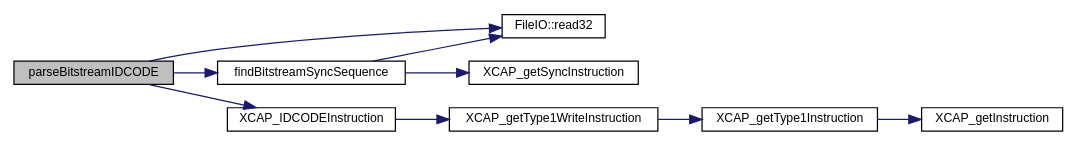
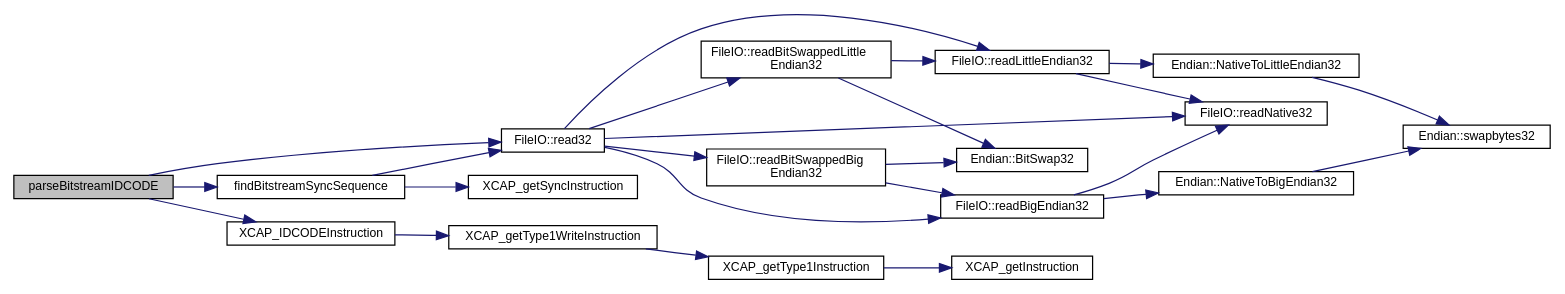
The diagram in inlineInput_8h_ab5cfac2cc7fafc26cd6b69b74d0add29_cgraph.dot (FPGA-Research-Manchester/byteman), drawn with Graphviz before and after one commit. The commit also changed 1723 other files, not shown here.

```diff
--- a/inlineInput_8h_ab5cfac2cc7fafc26cd6b69b74d0add29_cgraph.dot
+++ b/inlineInput_8h_ab5cfac2cc7fafc26cd6b69b74d0add29_cgraph.dot
@@ -1,24 +1,48 @@
 digraph "parseBitstreamIDCODE"
 {
  // INTERACTIVE_SVG=YES
  // LATEX_PDF_SIZE
   edge [fontname="Helvetica",fontsize="10",labelfontname="Helvetica",labelfontsize="10"];
   node [fontname="Helvetica",fontsize="10",shape=record];
   rankdir="LR";
   Node1 [label="parseBitstreamIDCODE",height=0.2,width=0.4,color="black", fillcolor="grey75", style="filled", fontcolor="black",tooltip=" "];
   Node1 -> Node2 [color="midnightblue",fontsize="10",style="solid",fontname="Helvetica"];
   Node2 [label="findBitstreamSyncSequence",height=0.2,width=0.4,color="black", fillcolor="white", style="filled",URL="$inlineInput_8h.html#a7a336065cf356dcd13baf6e7ee541d60",tooltip=" "];
   Node2 -> Node3 [color="midnightblue",fontsize="10",style="solid",fontname="Helvetica"];
   Node3 [label="FileIO::read32",height=0.2,width=0.4,color="black", fillcolor="white", style="filled",URL="$namespaceFileIO.html#ad34c7f82a6493b2badf319599f79cace",tooltip=" "];
-  Node2 -> Node4 [color="midnightblue",fontsize="10",style="solid",fontname="Helvetica"];
-  Node4 [label="XCAP_getSyncInstruction",height=0.2,width=0.4,color="black", fillcolor="white", style="filled",URL="$inlineCAP_8h.html#a445d56f4c0c7afb68ecfa18087a6af31",tooltip="Generate and return the encoding for a SYNC instruction."];
+  Node3 -> Node4 [color="midnightblue",fontsize="10",style="solid",fontname="Helvetica"];
+  Node4 [label="FileIO::readBigEndian32",height=0.2,width=0.4,color="black", fillcolor="white", style="filled",URL="$namespaceFileIO.html#a22e3632506f53aee32a970b2d290c5b1",tooltip=" "];
+  Node4 -> Node5 [color="midnightblue",fontsize="10",style="solid",fontname="Helvetica"];
+  Node5 [label="Endian::NativeToBigEndian32",height=0.2,width=0.4,color="black", fillcolor="white", style="filled",URL="$namespaceEndian.html#a7cd80b2cb2ed674196a68549c8489f88",tooltip=" "];
+  Node5 -> Node6 [color="midnightblue",fontsize="10",style="solid",fontname="Helvetica"];
+  Node6 [label="Endian::swapbytes32",height=0.2,width=0.4,color="black", fillcolor="white", style="filled",URL="$namespaceEndian.html#a7c0178c39449483c29a1a305d0a73606",tooltip=" "];
+  Node4 -> Node7 [color="midnightblue",fontsize="10",style="solid",fontname="Helvetica"];
+  Node7 [label="FileIO::readNative32",height=0.2,width=0.4,color="black", fillcolor="white", style="filled",URL="$namespaceFileIO.html#a2afbbb760f8c652d251a922b1239adb6",tooltip=" "];
+  Node3 -> Node8 [color="midnightblue",fontsize="10",style="solid",fontname="Helvetica"];
+  Node8 [label="FileIO::readBitSwappedBig\lEndian32",height=0.2,width=0.4,color="black", fillcolor="white", style="filled",URL="$namespaceFileIO.html#a82646a311817909c50a2af53ff0fa71f",tooltip=" "];
+  Node8 -> Node9 [color="midnightblue",fontsize="10",style="solid",fontname="Helvetica"];
+  Node9 [label="Endian::BitSwap32",height=0.2,width=0.4,color="black", fillcolor="white", style="filled",URL="$namespaceEndian.html#abaf85e5d8d9641e35ffb4a5bcfc37f84",tooltip=" "];
+  Node8 -> Node4 [color="midnightblue",fontsize="10",style="solid",fontname="Helvetica"];
+  Node3 -> Node10 [color="midnightblue",fontsize="10",style="solid",fontname="Helvetica"];
+  Node10 [label="FileIO::readBitSwappedLittle\lEndian32",height=0.2,width=0.4,color="black", fillcolor="white", style="filled",URL="$namespaceFileIO.html#a82495da428bf3f126a98a70103127572",tooltip=" "];
+  Node10 -> Node9 [color="midnightblue",fontsize="10",style="solid",fontname="Helvetica"];
+  Node10 -> Node11 [color="midnightblue",fontsize="10",style="solid",fontname="Helvetica"];
+  Node11 [label="FileIO::readLittleEndian32",height=0.2,width=0.4,color="black", fillcolor="white", style="filled",URL="$namespaceFileIO.html#a363ebd239278bddc0b95787d86ae2412",tooltip=" "];
+  Node11 -> Node12 [color="midnightblue",fontsize="10",style="solid",fontname="Helvetica"];
+  Node12 [label="Endian::NativeToLittleEndian32",height=0.2,width=0.4,color="black", fillcolor="white", style="filled",URL="$namespaceEndian.html#a4ef36a4fee2f667cf8ac3f67017716bb",tooltip=" "];
+  Node12 -> Node6 [color="midnightblue",fontsize="10",style="solid",fontname="Helvetica"];
+  Node11 -> Node7 [color="midnightblue",fontsize="10",style="solid",fontname="Helvetica"];
+  Node3 -> Node11 [color="midnightblue",fontsize="10",style="solid",fontname="Helvetica"];
+  Node3 -> Node7 [color="midnightblue",fontsize="10",style="solid",fontname="Helvetica"];
+  Node2 -> Node13 [color="midnightblue",fontsize="10",style="solid",fontname="Helvetica"];
+  Node13 [label="XCAP_getSyncInstruction",height=0.2,width=0.4,color="black", fillcolor="white", style="filled",URL="$inlineCAP_8h.html#a445d56f4c0c7afb68ecfa18087a6af31",tooltip="Generate and return the encoding for a SYNC instruction."];
   Node1 -> Node3 [color="midnightblue",fontsize="10",style="solid",fontname="Helvetica"];
-  Node1 -> Node5 [color="midnightblue",fontsize="10",style="solid",fontname="Helvetica"];
-  Node5 [label="XCAP_IDCODEInstruction",height=0.2,width=0.4,color="black", fillcolor="white", style="filled",URL="$inlineCAP_8h.html#a5cf5745a3f7598d27061688cf9785f26",tooltip="Generate and return the encoding for a IDCODE writing instruction."];
-  Node5 -> Node6 [color="midnightblue",fontsize="10",style="solid",fontname="Helvetica"];
-  Node6 [label="XCAP_getType1WriteInstruction",height=0.2,width=0.4,color="black", fillcolor="white", style="filled",URL="$inlineCAP_8h.html#a5cdd7f1c600ae94adc59f9ea624043c3",tooltip="Generate and return the encoding for a type 1 Write instruction."];
-  Node6 -> Node7 [color="midnightblue",fontsize="10",style="solid",fontname="Helvetica"];
-  Node7 [label="XCAP_getType1Instruction",height=0.2,width=0.4,color="black", fillcolor="white", style="filled",URL="$inlineCAP_8h.html#aade38843ee9dfed5d286172b6b37b638",tooltip="Generate and return the encoding for a type 1 instruction."];
-  Node7 -> Node8 [color="midnightblue",fontsize="10",style="solid",fontname="Helvetica"];
-  Node8 [label="XCAP_getInstruction",height=0.2,width=0.4,color="black", fillcolor="white", style="filled",URL="$inlineCAP_8h.html#af67277d07acf4e5907420ff2bc75ecd1",tooltip="Generate and return the encoding for an instruction."];
+  Node1 -> Node14 [color="midnightblue",fontsize="10",style="solid",fontname="Helvetica"];
+  Node14 [label="XCAP_IDCODEInstruction",height=0.2,width=0.4,color="black", fillcolor="white", style="filled",URL="$inlineCAP_8h.html#a5cf5745a3f7598d27061688cf9785f26",tooltip="Generate and return the encoding for a IDCODE writing instruction."];
+  Node14 -> Node15 [color="midnightblue",fontsize="10",style="solid",fontname="Helvetica"];
+  Node15 [label="XCAP_getType1WriteInstruction",height=0.2,width=0.4,color="black", fillcolor="white", style="filled",URL="$inlineCAP_8h.html#a5cdd7f1c600ae94adc59f9ea624043c3",tooltip="Generate and return the encoding for a type 1 Write instruction."];
+  Node15 -> Node16 [color="midnightblue",fontsize="10",style="solid",fontname="Helvetica"];
+  Node16 [label="XCAP_getType1Instruction",height=0.2,width=0.4,color="black", fillcolor="white", style="filled",URL="$inlineCAP_8h.html#aade38843ee9dfed5d286172b6b37b638",tooltip="Generate and return the encoding for a type 1 instruction."];
+  Node16 -> Node17 [color="midnightblue",fontsize="10",style="solid",fontname="Helvetica"];
+  Node17 [label="XCAP_getInstruction",height=0.2,width=0.4,color="black", fillcolor="white", style="filled",URL="$inlineCAP_8h.html#af67277d07acf4e5907420ff2bc75ecd1",tooltip="Generate and return the encoding for an instruction."];
 }
```
